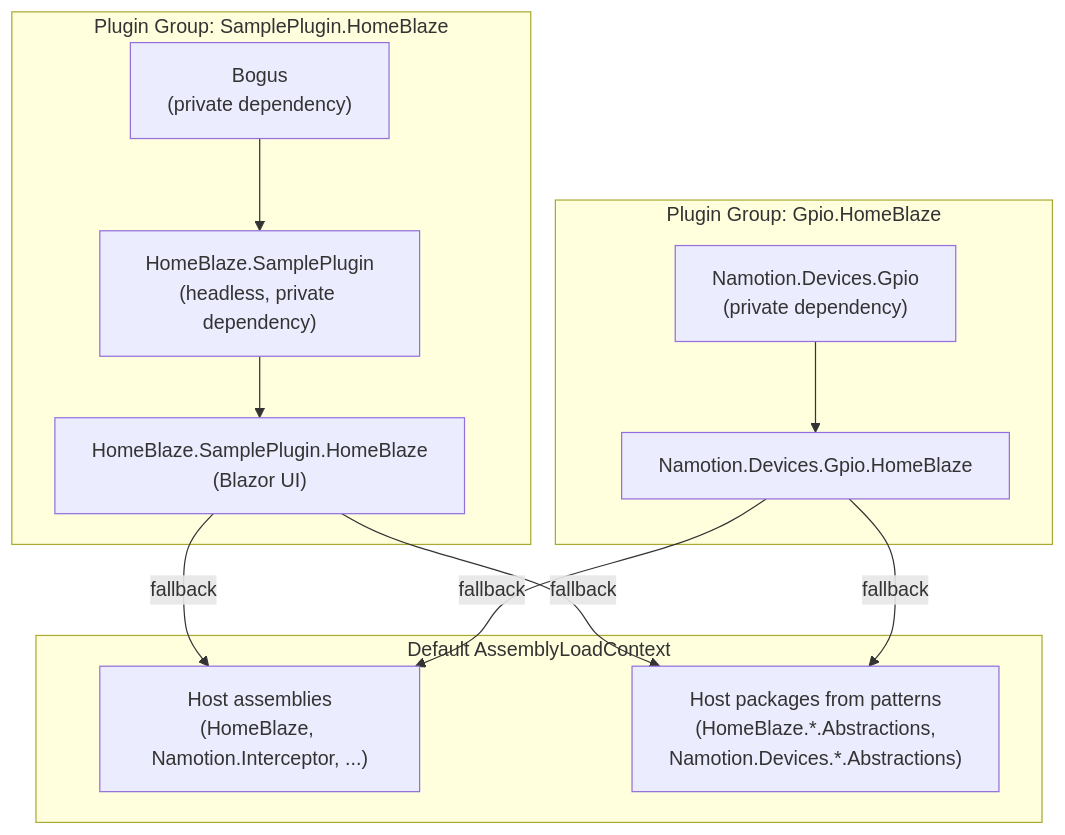
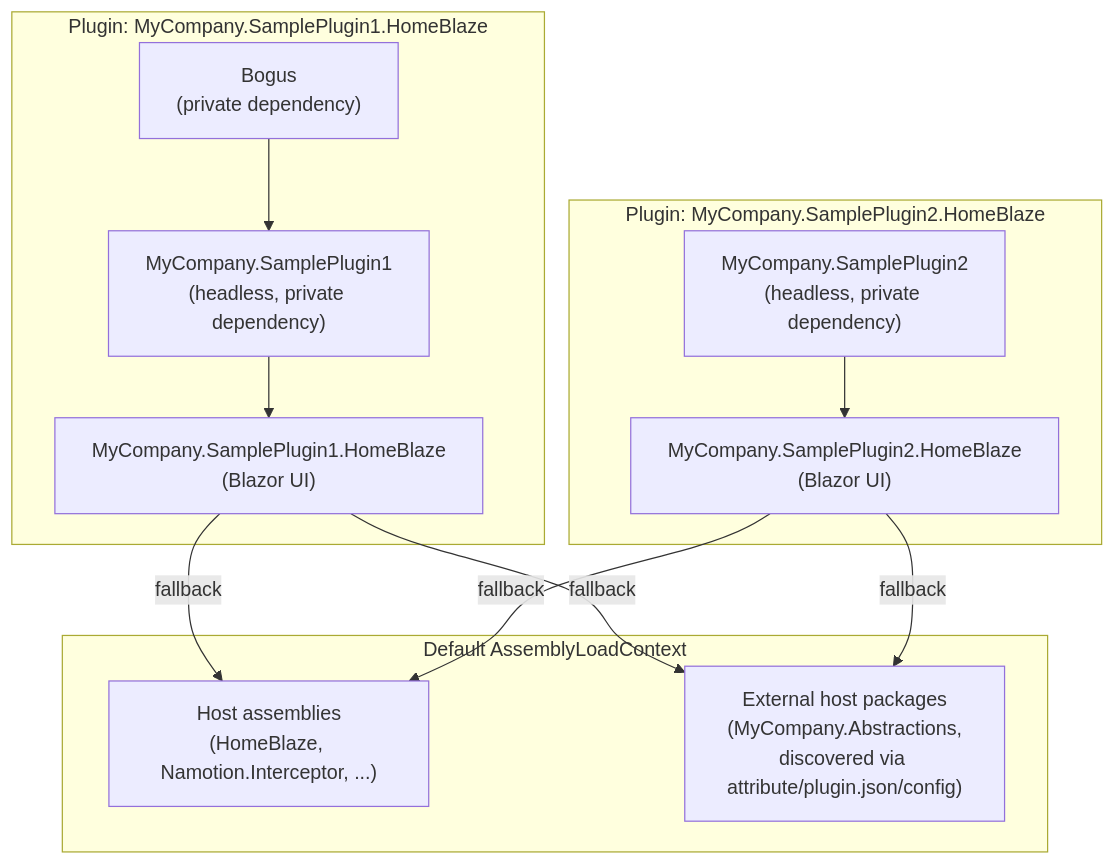
The first of 2 diagrams in src/HomeBlaze/HomeBlaze/Data/Docs/architecture/design/plugins.md (RicoSuter/Namotion.Interceptor), drawn with Mermaid before and after one commit. The commit also changed other lines of this file and 58 other files, not shown here.

First line of the commit message:
feature: Add automatic host-shared package discovery and enrich plugin metadata

````diff
--- a/src/HomeBlaze/HomeBlaze/Data/Docs/architecture/design/plugins.md
+++ b/src/HomeBlaze/HomeBlaze/Data/Docs/architecture/design/plugins.md
@@ -92,26 +89,26 @@
 ```mermaid
 graph TD
     subgraph "Default AssemblyLoadContext"
         HOST["Host assemblies<br/>(HomeBlaze, Namotion.Interceptor, ...)"]
-        ABS["Host packages from patterns<br/>(HomeBlaze.*.Abstractions,<br/>Namotion.Devices.*.Abstractions)"]
+        ABS["External host packages<br/>(MyCompany.Abstractions,<br/>discovered via attribute/plugin.json/config)"]
     end
 
-    subgraph "Plugin Group: SamplePlugin.HomeBlaze"
-        SAMPLEUI["HomeBlaze.SamplePlugin.HomeBlaze<br/>(Blazor UI)"]
-        SAMPLE["HomeBlaze.SamplePlugin<br/>(headless, private dependency)"]
+    subgraph "Plugin: MyCompany.SamplePlugin1.HomeBlaze"
+        SAMPLEUI["MyCompany.SamplePlugin1.HomeBlaze<br/>(Blazor UI)"]
+        SAMPLE["MyCompany.SamplePlugin1<br/>(headless, private dependency)"]
         BOGUS["Bogus<br/>(private dependency)"]
     end
 
-    subgraph "Plugin Group: Gpio.HomeBlaze"
-        GPIO["Namotion.Devices.Gpio.HomeBlaze"]
-        GPIOLIB["Namotion.Devices.Gpio<br/>(private dependency)"]
+    subgraph "Plugin: MyCompany.SamplePlugin2.HomeBlaze"
+        SAMPLE2UI["MyCompany.SamplePlugin2.HomeBlaze<br/>(Blazor UI)"]
+        SAMPLE2["MyCompany.SamplePlugin2<br/>(headless, private dependency)"]
     end
 
     SAMPLEUI -->|"fallback"| HOST
     SAMPLEUI -->|"fallback"| ABS
     SAMPLE --> SAMPLEUI
     BOGUS --> SAMPLE
-    GPIO -->|"fallback"| HOST
-    GPIO -->|"fallback"| ABS
-    GPIOLIB --> GPIO
+    SAMPLE2UI -->|"fallback"| HOST
+    SAMPLE2UI -->|"fallback"| ABS
+    SAMPLE2 --> SAMPLE2UI
 ```
````
